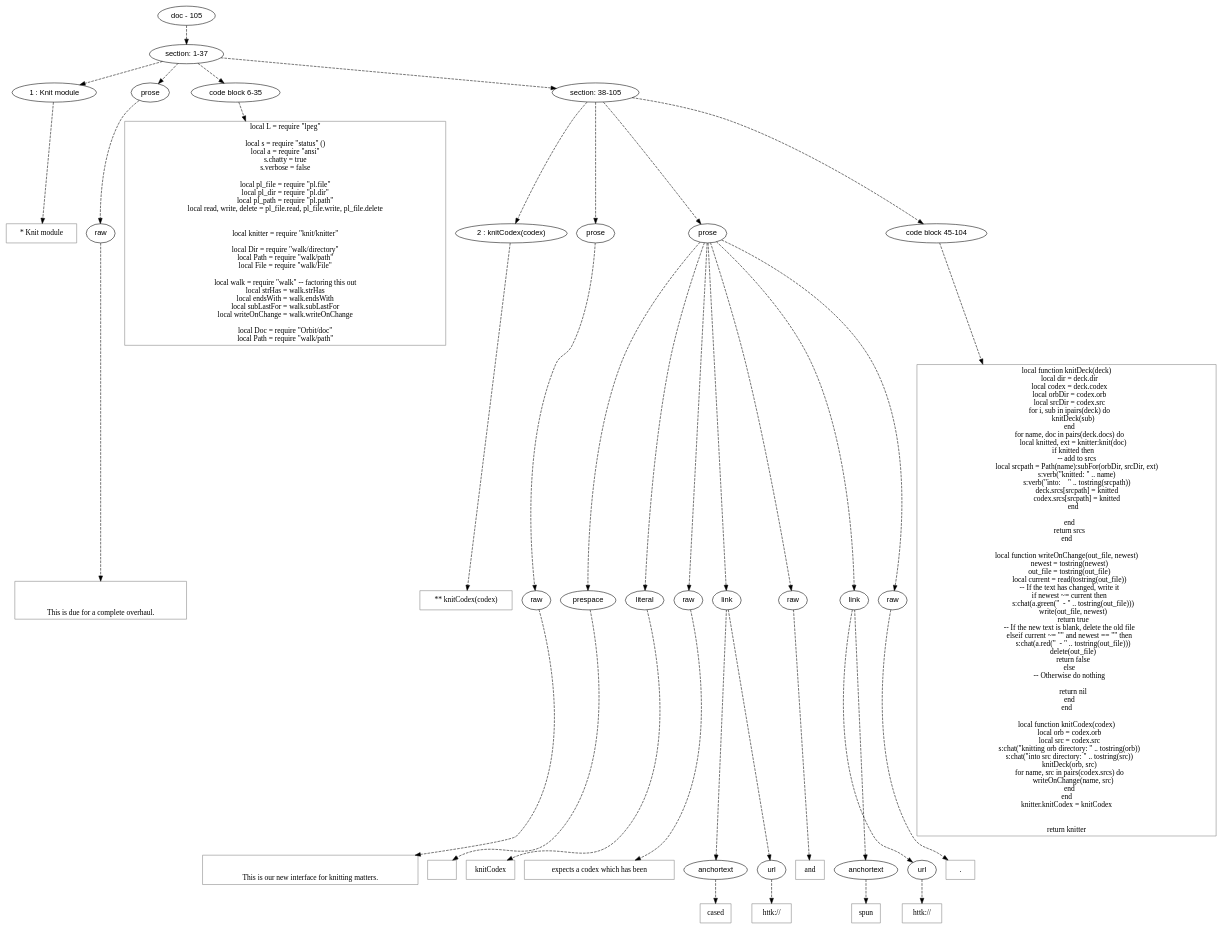
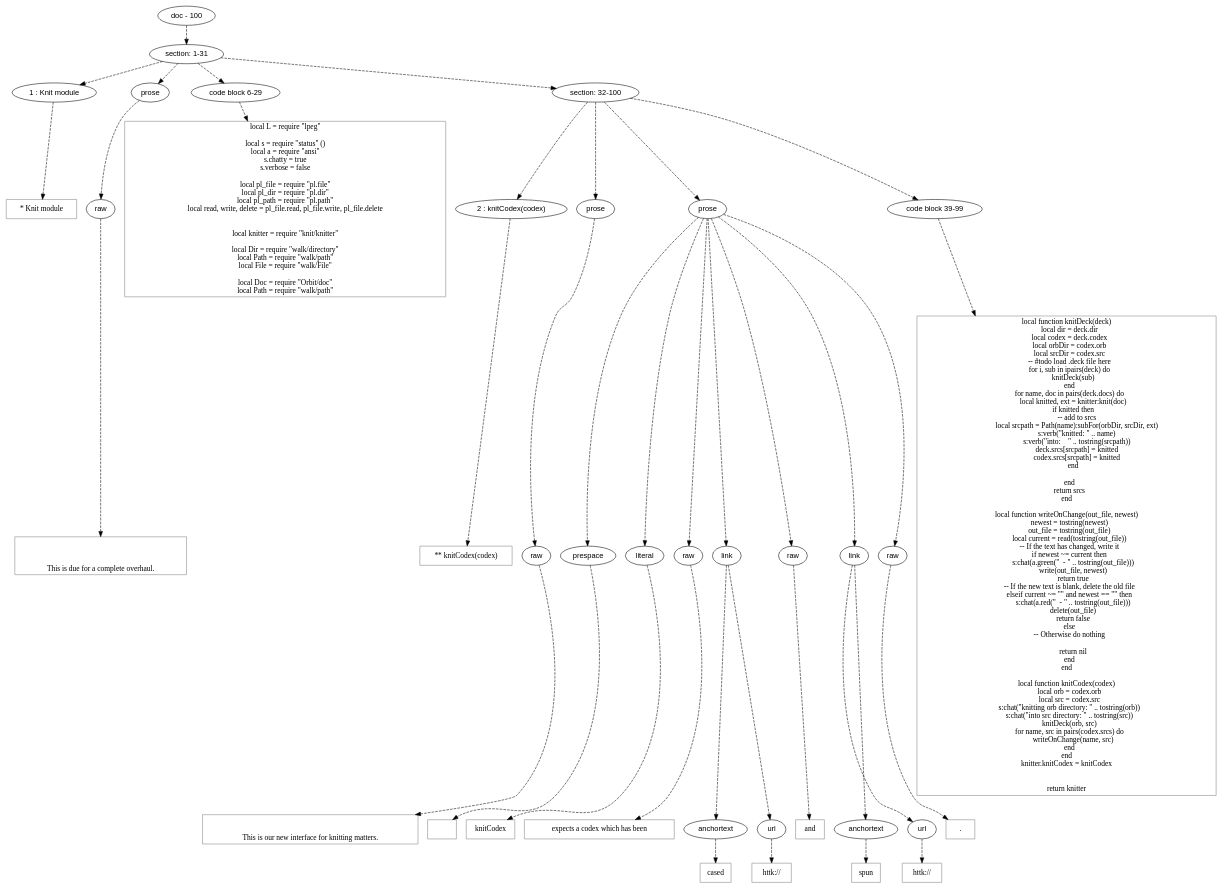
Before and after one commit to mnemnion/orb: the diagram in doc/dot/knit/knit.dot, drawn with Graphviz. The commit also changed 9 other files, not shown here.

```diff
--- a/doc/dot/knit/knit.dot
+++ b/doc/dot/knit/knit.dot
@@ -3,13 +3,13 @@
 node [fontname=Helvetica]
 edge [style=dashed]
 
-doc_0 [label="doc - 105"]
+doc_0 [label="doc - 100"]
 
 
 doc_0 -> { section_1}
 {rank=same; section_1}
 
-section_1 [label="section: 1-37"]
+section_1 [label="section: 1-31"]
 
 
 // END RANK doc_0
@@ -21,9 +21,9 @@
 
 prose_3 [label="prose"]
 
-codeblock_4 [label="code block 6-35"]
+codeblock_4 [label="code block 6-29"]
 
-section_5 [label="section: 38-105"]
+section_5 [label="section: 32-100"]
 
 
 // END RANK section_1
@@ -68,12 +68,6 @@
 local Path = require \"walk/path\"
 local File = require \"walk/File\"
 
-local walk = require \"walk\" -- factoring this out
-local strHas = walk.strHas
-local endsWith = walk.endsWith
-local subLastFor = walk.subLastFor
-local writeOnChange = walk.writeOnChange
-
 local Doc = require \"Orbit/doc\"
 local Path = require \"walk/path\"
 "]
@@ -88,7 +82,7 @@
 
 prose_12 [label="prose"]
 
-codeblock_13 [label="code block 45-104"]
+codeblock_13 [label="code block 39-99"]
 
 
 // END RANK section_5
@@ -195,6 +189,7 @@
     local codex = deck.codex
     local orbDir = codex.orb
     local srcDir = codex.src
+    -- #todo load .deck file here
     for i, sub in ipairs(deck) do
         knitDeck(sub)
     end
```
